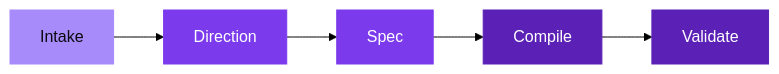
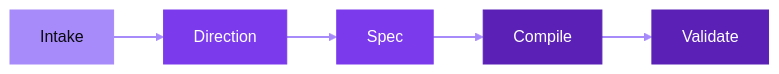
Before and after one commit to adewale/slide-maker: the second of 2 diagrams in examples/demo/slides.md, drawn with Mermaid (forest theme). The commit also changed other lines of this file and 21 other files, not shown here.

````diff
--- a/examples/demo/slides.md
+++ b/examples/demo/slides.md
@@ -215,10 +215,11 @@
 ```mermaid {theme: 'dark', scale: 0.9}
 graph LR
   A["Intake"] --> B["Direction"] --> C["Spec"] --> D["Compile"] --> E["Validate"]
   classDef light fill:#a78bfa,stroke:#a78bfa,color:#0a0a0f
   classDef mid fill:#7c3aed,stroke:#7c3aed,color:#fff
   classDef dark fill:#5b21b6,stroke:#5b21b6,color:#fff
   class A light
   class B,C mid
   class D,E dark
+  linkStyle default stroke:#a78bfa,stroke-width:2px
 ```
````
